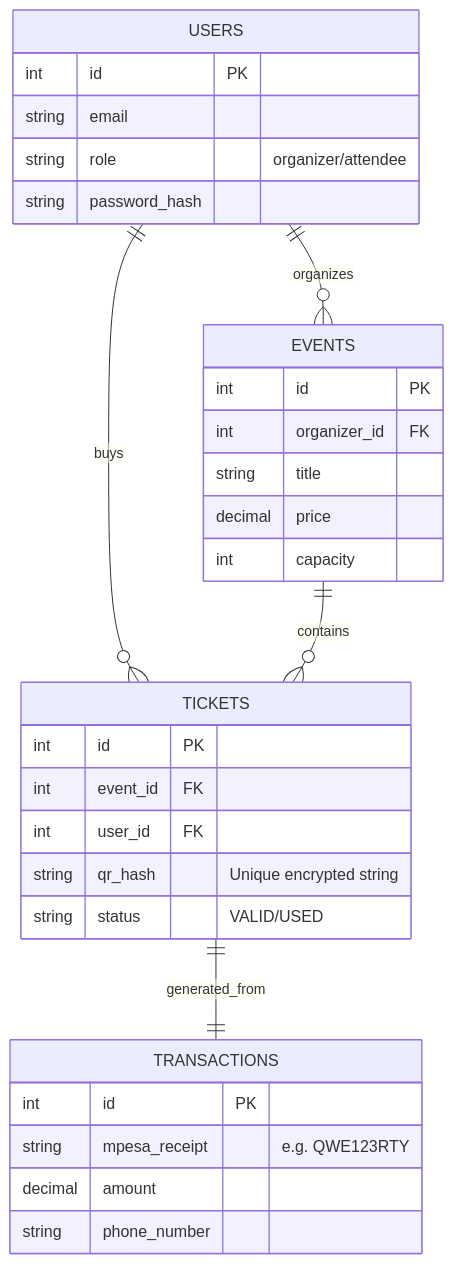
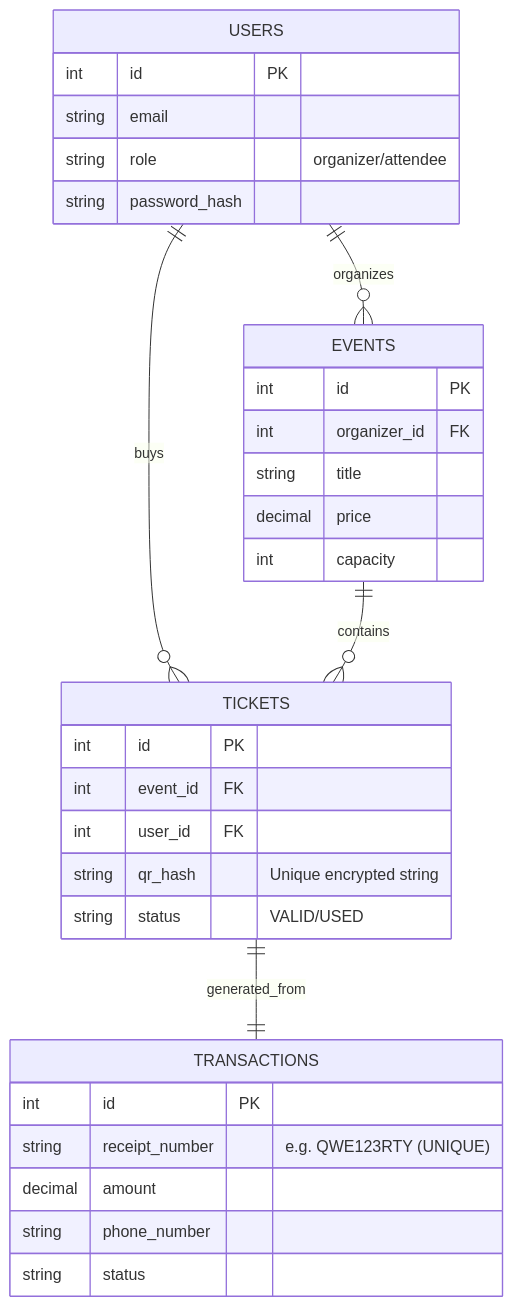
The second of 2 diagrams in README.md (Levinmunyelele/Tukio), drawn with Mermaid before and after one commit. The commit also changed other lines of this file, not shown here.

Commit message:
docs: Added comprehensive system architecture README

````diff
--- a/README.md
+++ b/README.md
@@ -56,37 +56,38 @@
 ```mermaid
 erDiagram
     USERS ||--o{ EVENTS : organizes
     USERS ||--o{ TICKETS : buys
     EVENTS ||--o{ TICKETS : contains
     TICKETS ||--|| TRANSACTIONS : generated_from
 
     USERS {
         int id PK
         string email
         string role "organizer/attendee"
         string password_hash
     }
 
     EVENTS {
         int id PK
         int organizer_id FK
         string title
         decimal price
         int capacity
     }
 
     TICKETS {
         int id PK
         int event_id FK
         int user_id FK
         string qr_hash "Unique encrypted string"
         string status "VALID/USED"
     }
 
     TRANSACTIONS {
         int id PK
-        string mpesa_receipt "e.g. QWE123RTY"
+        string receipt_number "e.g. QWE123RTY (UNIQUE)"
         decimal amount
         string phone_number
+        string status
     }
 ```
````
